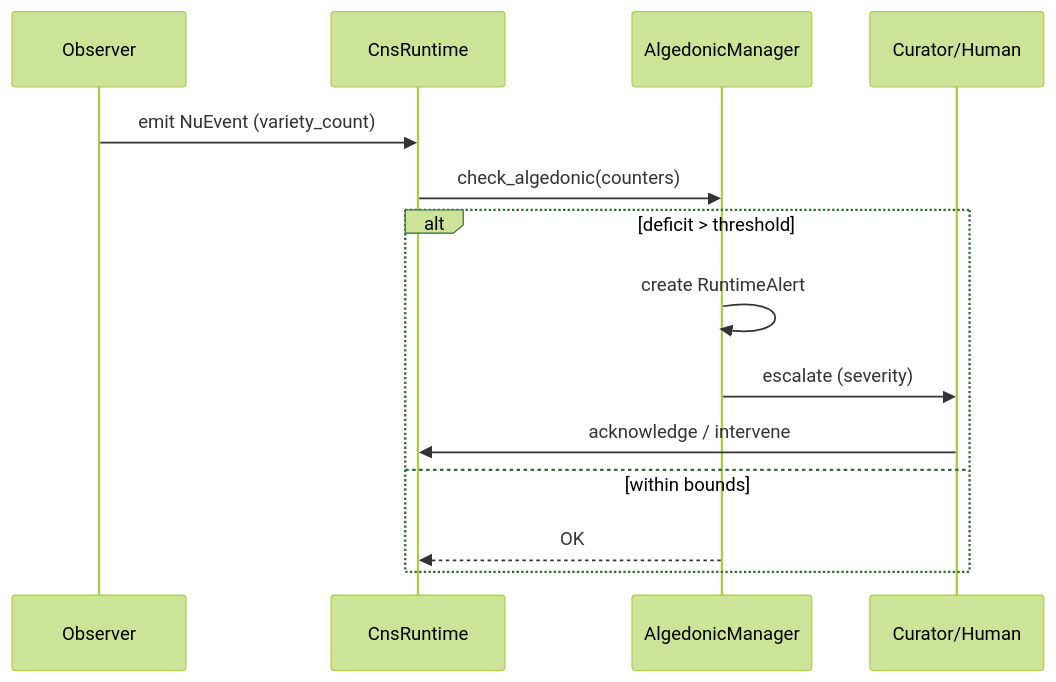
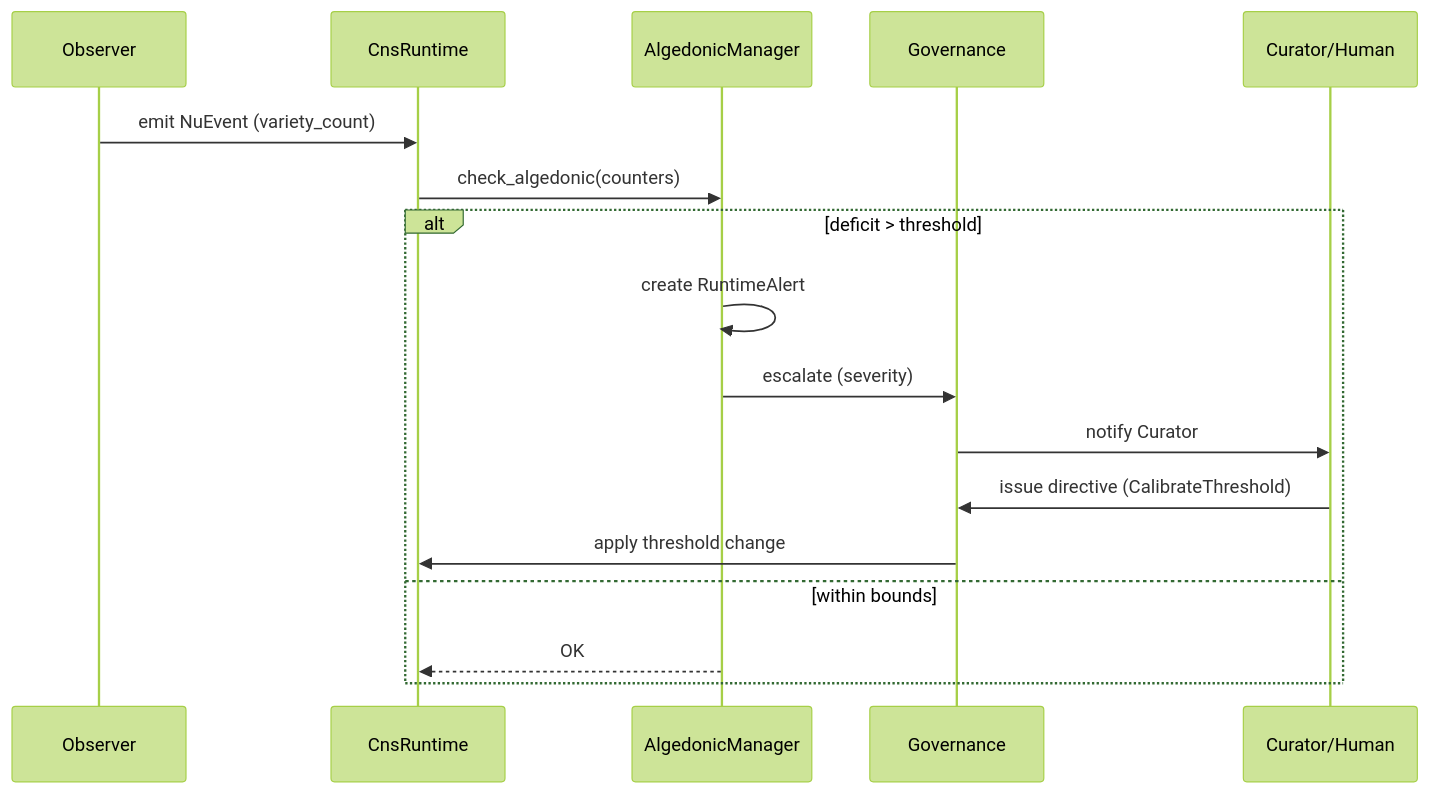
Before and after one commit to mdz-axo/hKask: the second of 2 diagrams in docs/architecture/trust-security-observability.md, drawn with Mermaid (forest theme). The commit also changed other lines of this file and 17 other files, not shown here.

````diff
--- a/docs/architecture/trust-security-observability.md
+++ b/docs/architecture/trust-security-observability.md
@@ -286,17 +291,20 @@
 ```mermaid
 sequenceDiagram
     participant OBS as Observer
     participant RT as CnsRuntime
     participant ALG as AlgedonicManager
+    participant GOV as Governance
     participant CUR as Curator/Human
 
     OBS->>RT: emit NuEvent (variety_count)
     RT->>ALG: check_algedonic(counters)
     alt deficit > threshold
         ALG->>ALG: create RuntimeAlert
-        ALG->>CUR: escalate (severity)
-        CUR->>RT: acknowledge / intervene
+        ALG->>GOV: escalate (severity)
+        GOV->>CUR: notify Curator
+        CUR->>GOV: issue directive (CalibrateThreshold)
+        GOV->>RT: apply threshold change
     else within bounds
         ALG-->>RT: OK
     end
 ```
````
